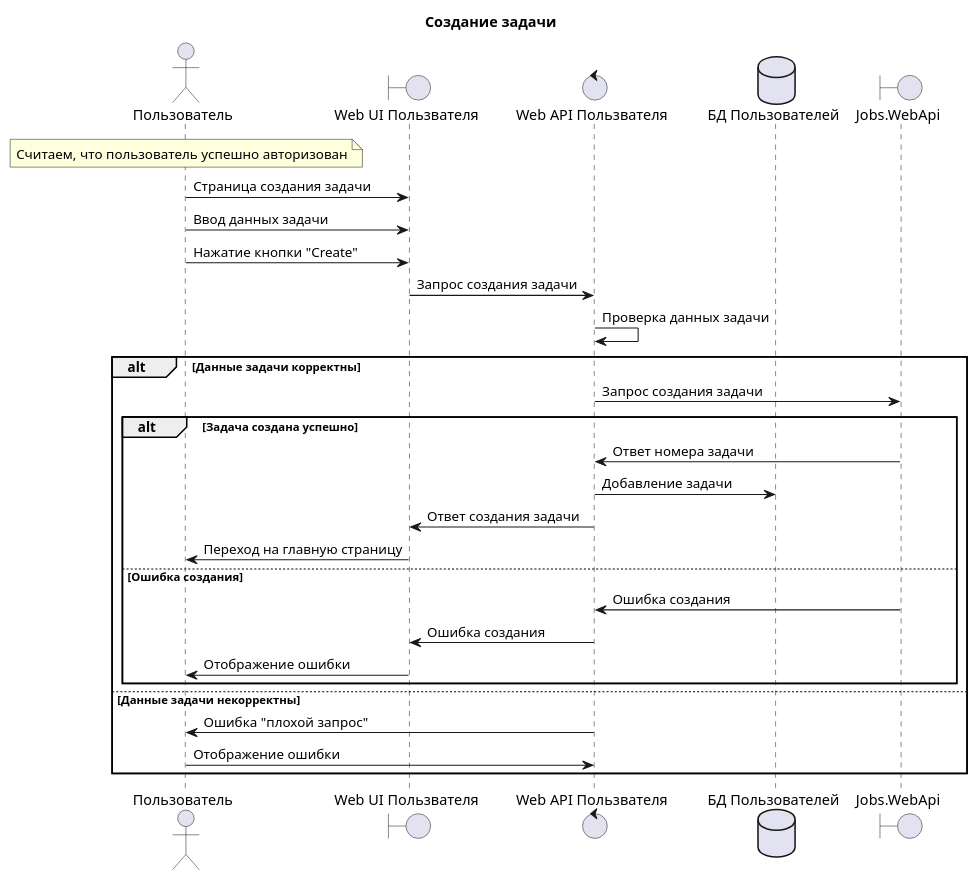
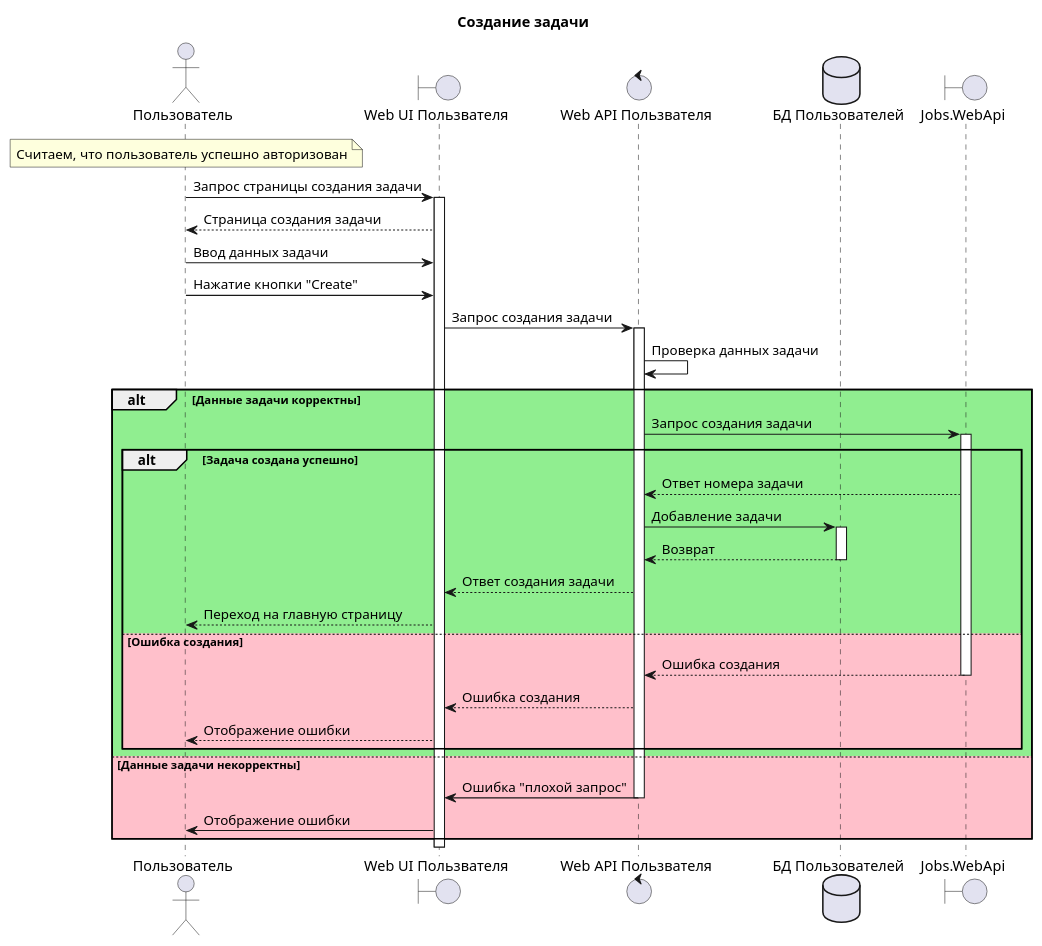
Before and after one commit to mrypdm/JobSystem: the third of 5 diagrams in docs/diagrams/sequence/User.WebApp.puml, drawn with PlantUML. The commit also changed other lines of this file and 2 other files, not shown here.

Commit message:
improve sequences

```diff
--- a/docs/diagrams/sequence/User.WebApp.puml
+++ b/docs/diagrams/sequence/User.WebApp.puml
@@ -51,45 +56,47 @@
 @startuml User job creation
 
 title Создание задачи
 
 actor Пользователь as USER
 note over USER: Считаем, что пользователь успешно авторизован
 
 boundary "Web UI Пользвателя" as UI
 control "Web API Пользвателя" as API
 database "БД Пользователей" as DB
 boundary "Jobs.WebApi" as JOBS
 
-USER -> UI: Страница создания задачи
+USER -> UI++: Запрос страницы создания задачи
+UI --> USER: Страница создания задачи
 USER -> UI: Ввод данных задачи
 USER -> UI: Нажатие кнопки "Create"
-UI -> API: Запрос создания задачи
+UI -> API++: Запрос создания задачи
 API -> API: Проверка данных задачи
 
-alt Данные задачи корректны
+alt #LightGreen Данные задачи корректны
 
-    API -> JOBS: Запрос создания задачи
+    API -> JOBS++: Запрос создания задачи
 
-    alt Задача создана успешно
+    alt #LightGreen Задача создана успешно
 
-        JOBS -> API: Ответ номера задачи
-        API -> DB: Добавление задачи
-        API -> UI: Ответ создания задачи
-        UI -> USER: Переход на главную страницу
+        JOBS --> API: Ответ номера задачи
+        API -> DB++: Добавление задачи
+        DB --> API--: Возврат
+        API --> UI: Ответ создания задачи
+        UI --> USER: Переход на главную страницу
 
-    else Ошибка создания
+    else #Pink Ошибка создания
 
-        JOBS -> API: Ошибка создания
-        API -> UI: Ошибка создания
-        UI -> USER: Отображение ошибки
+        JOBS --> API--: Ошибка создания
+        API --> UI: Ошибка создания
+        UI --> USER: Отображение ошибки
 
     end
 
-else Данные задачи некорректны
+else #Pink Данные задачи некорректны
 
-    API -> USER: Ошибка "плохой запрос"
-    USER -> API: Отображение ошибки
+    API -> UI--: Ошибка "плохой запрос"
+    UI -> USER: Отображение ошибки
 
 end
 
 @enduml
```
